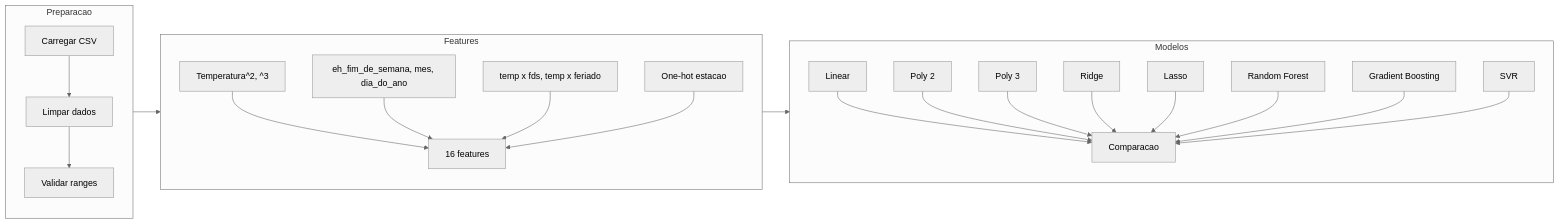
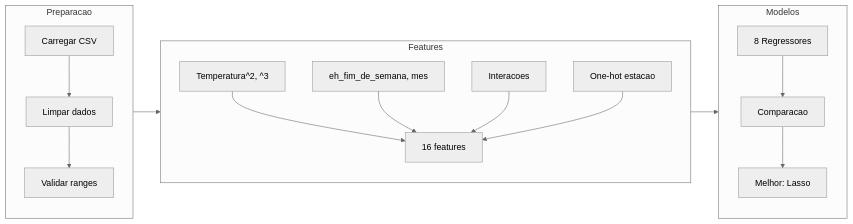
Before and after one commit to galafis/ml-sales-prediction-azure: the second of 3 diagrams in README.md, drawn with Mermaid (neutral theme). The commit also changed other lines of this file, not shown here.

````diff
--- a/README.md
+++ b/README.md
@@ -93,27 +56,18 @@
 ```mermaid
 flowchart LR
     subgraph Preparacao
         A1[Carregar CSV] --> A2[Limpar dados]
         A2 --> A3[Validar ranges]
     end
-
     subgraph Features
         B1[Temperatura^2, ^3] --> B4[16 features]
-        B2[eh_fim_de_semana, mes, dia_do_ano] --> B4
-        B3[temp x fds, temp x feriado] --> B4
+        B2[eh_fim_de_semana, mes] --> B4
+        B3[Interacoes] --> B4
         B5[One-hot estacao] --> B4
     end
-
     subgraph Modelos
-        C1[Linear] --> C8[Comparacao]
-        C2[Poly 2] --> C8
-        C3[Poly 3] --> C8
-        C4[Ridge] --> C8
-        C5[Lasso] --> C8
-        C6[Random Forest] --> C8
-        C7[Gradient Boosting] --> C8
-        C9[SVR] --> C8
+        C1[8 Regressores] --> C2[Comparacao]
+        C2 --> C3[Melhor: Lasso]
     end
-
     Preparacao --> Features --> Modelos
 ```
````
